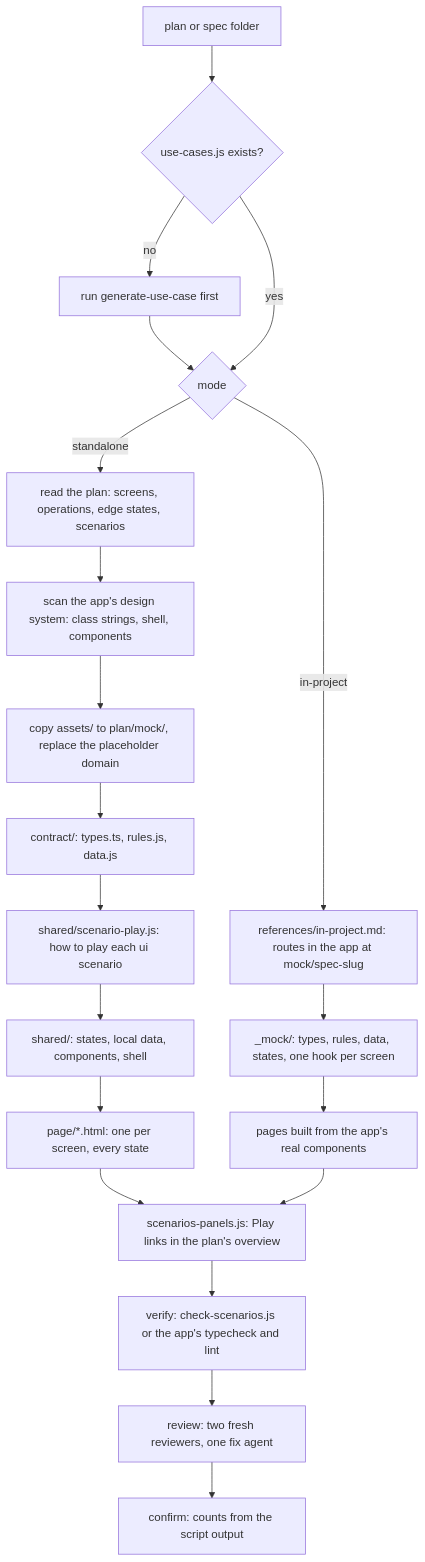
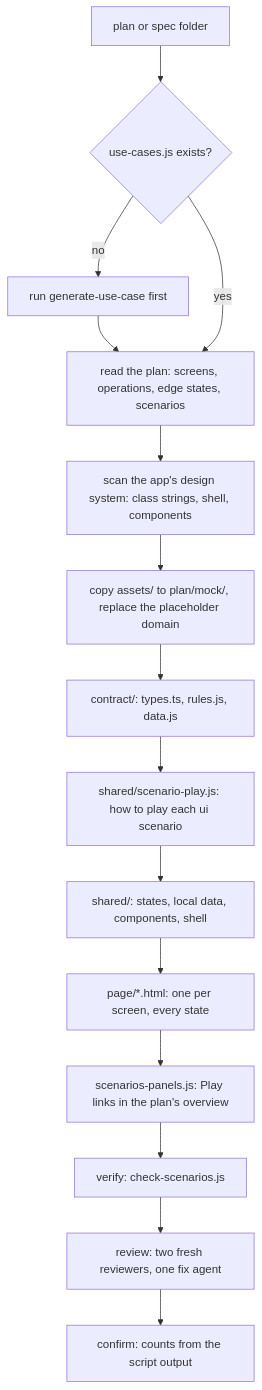
The first of 5 diagrams in plugins/naphatwx-tools/skills/generate-mock-ui/README.md (naphatwx/naphatwx-tools), drawn with Mermaid before and after one commit. The commit also changed other lines of this file and 20 other files, not shown here.

First line of the commit message:
feat(generate-mock-ui): drop in-project mode, add free play

````diff
--- a/plugins/naphatwx-tools/skills/generate-mock-ui/README.md
+++ b/plugins/naphatwx-tools/skills/generate-mock-ui/README.md
@@ -24,22 +23,17 @@
 ```mermaid
 graph TD
     IN["plan or spec folder"] --> UC{"use-cases.js exists?"}
     UC -->|no| GU[run generate-use-case first]
-    GU --> MODE
-    UC -->|yes| MODE{mode}
-    MODE -->|standalone| S1[read the plan: screens, operations, edge states, scenarios]
+    GU --> S1
+    UC -->|yes| S1[read the plan: screens, operations, edge states, scenarios]
     S1 --> S2[scan the app's design system: class strings, shell, components]
     S2 --> S3["copy assets/ to plan/mock/, replace the placeholder domain"]
     S3 --> S4["contract/: types.ts, rules.js, data.js"]
     S4 --> S5["shared/scenario-play.js: how to play each ui scenario"]
     S5 --> S6["shared/: states, local data, components, shell"]
     S6 --> S7["page/*.html: one per screen, every state"]
-    MODE -->|in-project| P1["references/in-project.md: routes in the app at mock/spec-slug"]
-    P1 --> P2["_mock/: types, rules, data, states, one hook per screen"]
-    P2 --> P3[pages built from the app's real components]
     S7 --> LINK[scenarios-panels.js: Play links in the plan's overview]
-    P3 --> LINK
-    LINK --> V[verify: check-scenarios.js or the app's typecheck and lint]
+    LINK --> V[verify: check-scenarios.js]
     V --> R[review: two fresh reviewers, one fix agent]
     R --> C[confirm: counts from the script output]
 ```
````
